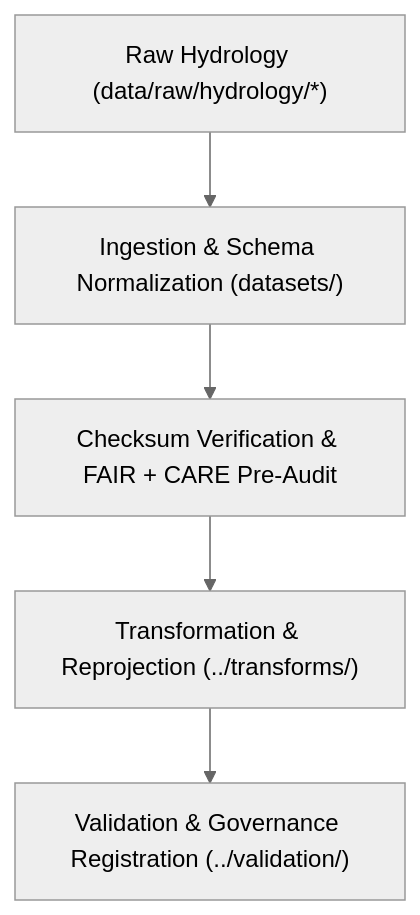
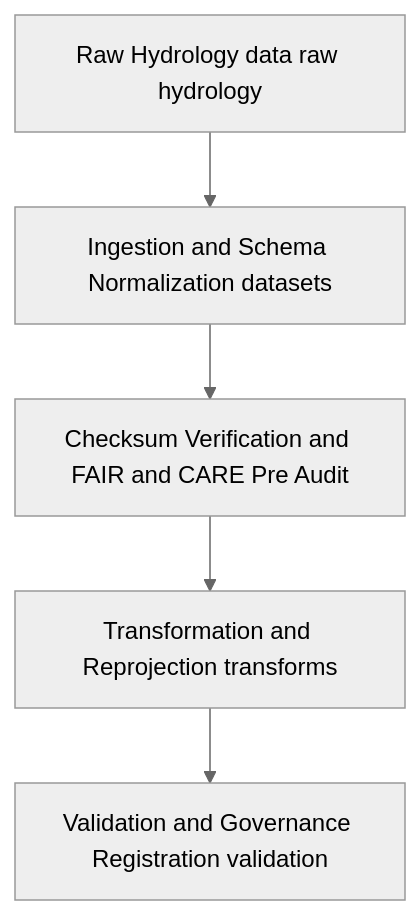
One commit to bartytime4life/Kansas-Frontier-Matrix changed the diagram in data/work/tmp/hydrology/datasets/README.md. Above: the diagram before and after it, drawn with Mermaid (neutral theme). The commit also changed other lines of this file, not shown here.

First line of the commit message:
Upgrade hydrology datasets to version 10.0.0

````diff
--- a/data/work/tmp/hydrology/datasets/README.md
+++ b/data/work/tmp/hydrology/datasets/README.md
@@ -66,7 +73,7 @@
 ```mermaid
 flowchart TD
-    A["Raw Hydrology (data/raw/hydrology/*)"] --> B["Ingestion & Schema Normalization (datasets/)"]
-    B --> C["Checksum Verification & FAIR + CARE Pre-Audit"]
-    C --> D["Transformation & Reprojection (../transforms/)"]
-    D --> E["Validation & Governance Registration (../validation/)"]
+    A["Raw Hydrology data raw hydrology"] --> B["Ingestion and Schema Normalization datasets"]
+    B --> C["Checksum Verification and FAIR and CARE Pre Audit"]
+    C --> D["Transformation and Reprojection transforms"]
+    D --> E["Validation and Governance Registration validation"]
 ```
````
